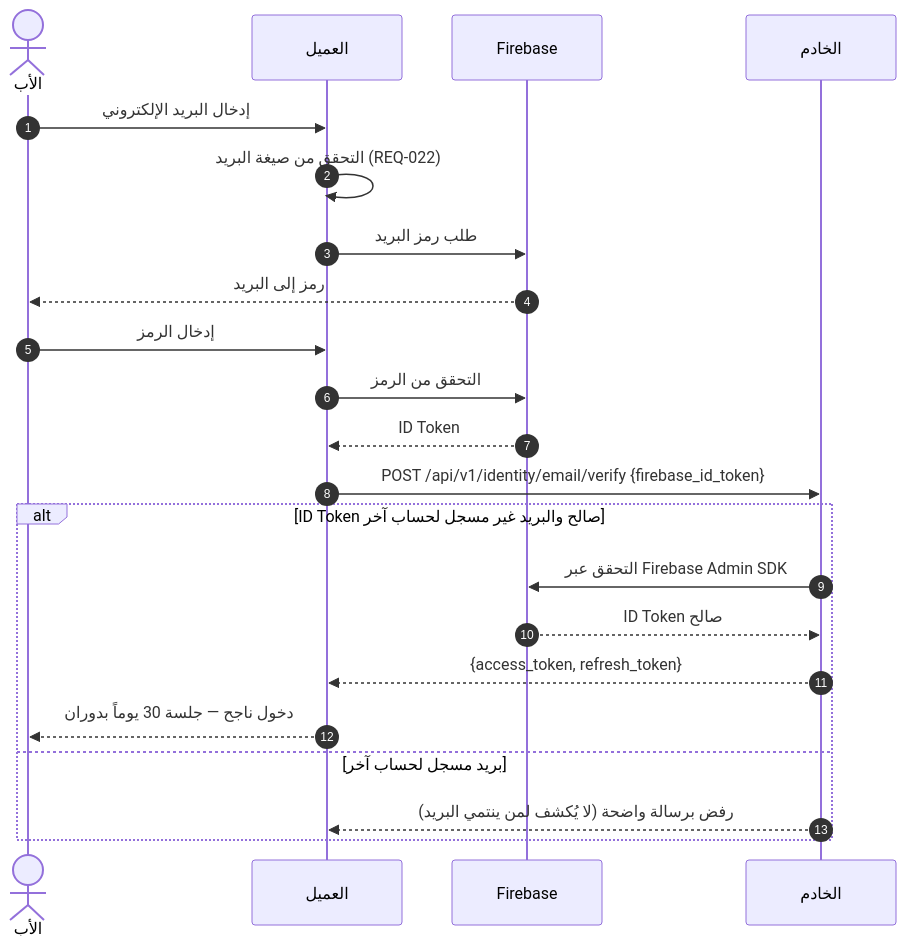
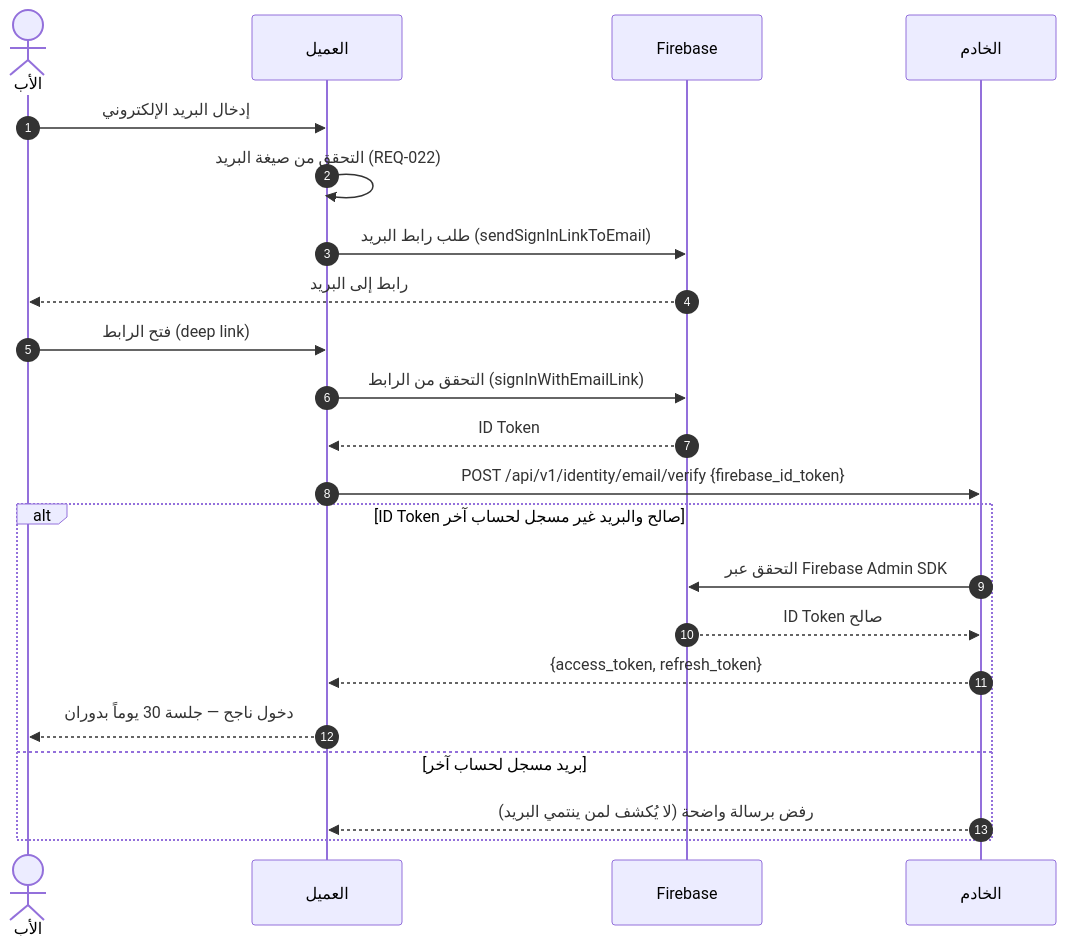
One commit to Bassam-mohammed-alqaeadi/family-os-v2 changed the fourth of 15 diagrams in docs/family-os/governance/phases/phase-1/S1-02-identity-and-onboarding/DIAGRAMS.md. Above: the diagram before and after it, drawn with Mermaid. The commit also changed other lines of this file, not shown here.

Commit message:
S1-02 DIAGRAMS: إصلاحات D-2 — §6 Q-291 (حذف «مفتاح غائب» + الإلغاء من البالغ نفسه)؛ تدفق رابط البريد 3-ب/§4/§5 (REQ-023)؛ حذف حافة Adult غير المعلنة؛ رسم trusted-contact + GET recovery في 3-و؛ تسلسل 3-ي للمهمة اليومية (Q-189/Q-235/Q-256)؛ ترويسة + تباعد 3-د

````diff
--- a/docs/family-os/governance/phases/phase-1/S1-02-identity-and-onboarding/DIAGRAMS.md
+++ b/docs/family-os/governance/phases/phase-1/S1-02-identity-and-onboarding/DIAGRAMS.md
@@ -288,24 +288,24 @@
 ```mermaid
 sequenceDiagram
     autonumber
     actor Father as الأب
     participant Client as العميل
     participant FBAuth as Firebase
     participant Ktor as الخادم
     Father->>Client: إدخال البريد الإلكتروني
     Client->>Client: التحقق من صيغة البريد (REQ-022)
-    Client->>FBAuth: طلب رمز البريد
-    FBAuth-->>Father: رمز إلى البريد
-    Father->>Client: إدخال الرمز
-    Client->>FBAuth: التحقق من الرمز
+    Client->>FBAuth: طلب رابط البريد (sendSignInLinkToEmail)
+    FBAuth-->>Father: رابط إلى البريد
+    Father->>Client: فتح الرابط (deep link)
+    Client->>FBAuth: التحقق من الرابط (signInWithEmailLink)
     FBAuth-->>Client: ID Token
     Client->>Ktor: POST /api/v1/identity/email/verify {firebase_id_token}
     alt ID Token صالح والبريد غير مسجل لحساب آخر
         Ktor->>FBAuth: التحقق عبر Firebase Admin SDK
         FBAuth-->>Ktor: ID Token صالح
         Ktor-->>Client: {access_token, refresh_token}
         Client-->>Father: دخول ناجح — جلسة 30 يوماً بدوران
     else بريد مسجل لحساب آخر
         Ktor-->>Client: رفض برسالة واضحة (لا يُكشف لمن ينتمي البريد)
     end
 ```
````
